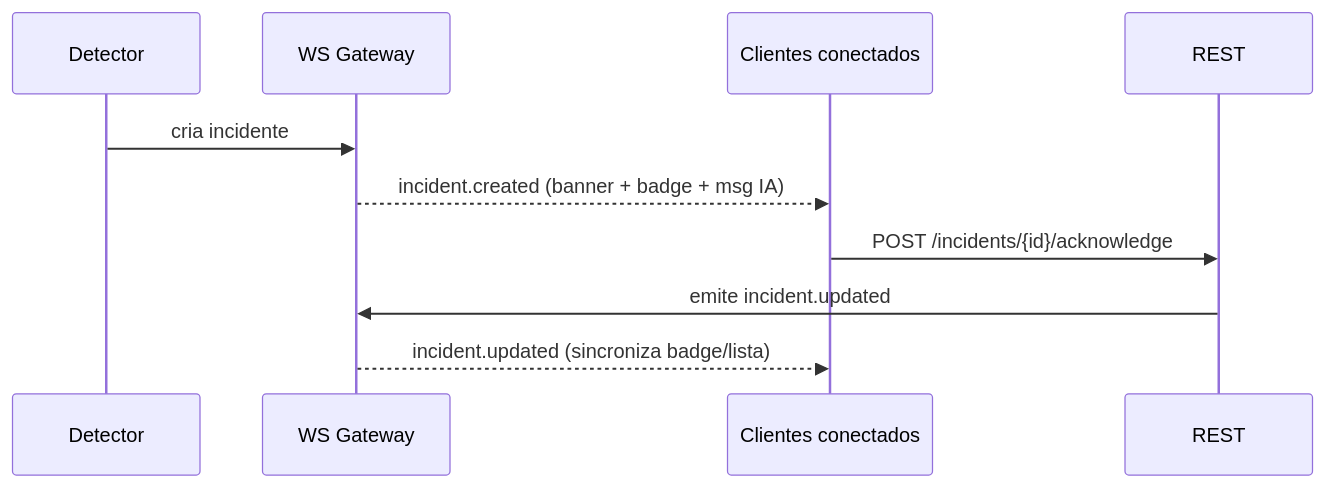
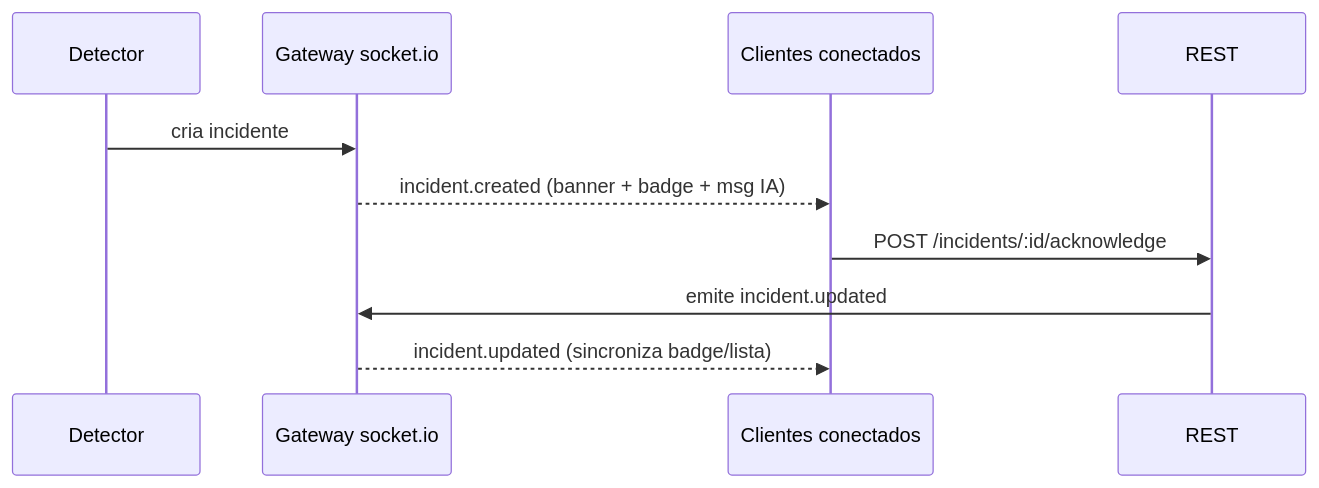
One commit to NicollasFrazao/atena changed the third of 3 diagrams in .context/docs/data-flow.md. Above: the diagram before and after it, drawn with Mermaid. The commit also changed other lines of this file and 31 other files, not shown here.

````diff
--- a/.context/docs/data-flow.md
+++ b/.context/docs/data-flow.md
@@ -149,12 +155,12 @@
 ```mermaid
 sequenceDiagram
     participant DET as Detector
-    participant WS as WS Gateway
+    participant WS as Gateway socket.io
     participant FE as Clientes conectados
     participant API as REST
     DET->>WS: cria incidente
     WS-->>FE: incident.created (banner + badge + msg IA)
-    FE->>API: POST /incidents/{id}/acknowledge
+    FE->>API: POST /incidents/:id/acknowledge
     API->>WS: emite incident.updated
     WS-->>FE: incident.updated (sincroniza badge/lista)
 ```
````
